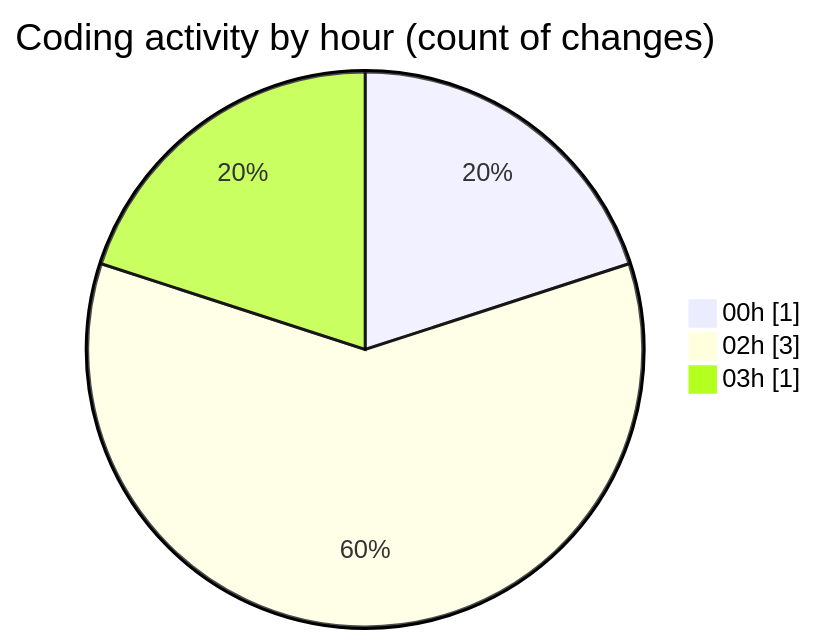
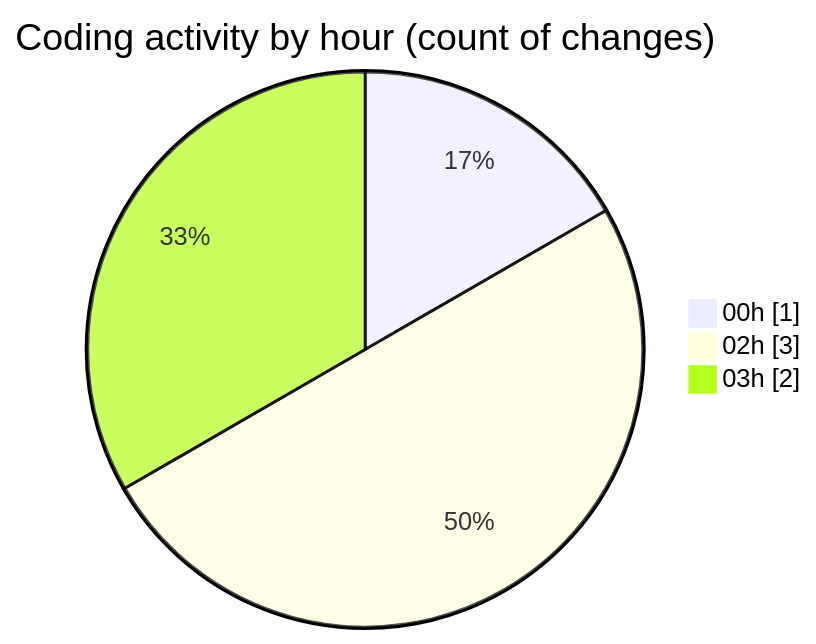
The second of 2 diagrams in 2025-02-19/uber_clone/README.md (donsfak/code-tracking), drawn with Mermaid before and after one commit. The commit also changed other lines of this file and 1 other file, not shown here.

````diff
--- a/2025-02-19/uber_clone/README.md
+++ b/2025-02-19/uber_clone/README.md
@@ -32,7 +34,7 @@
 ```mermaid
 pie showData
 title Coding activity by hour (count of changes)
 "00h" : 1
 "02h" : 3
-"03h" : 1
+"03h" : 2
 ```
````
